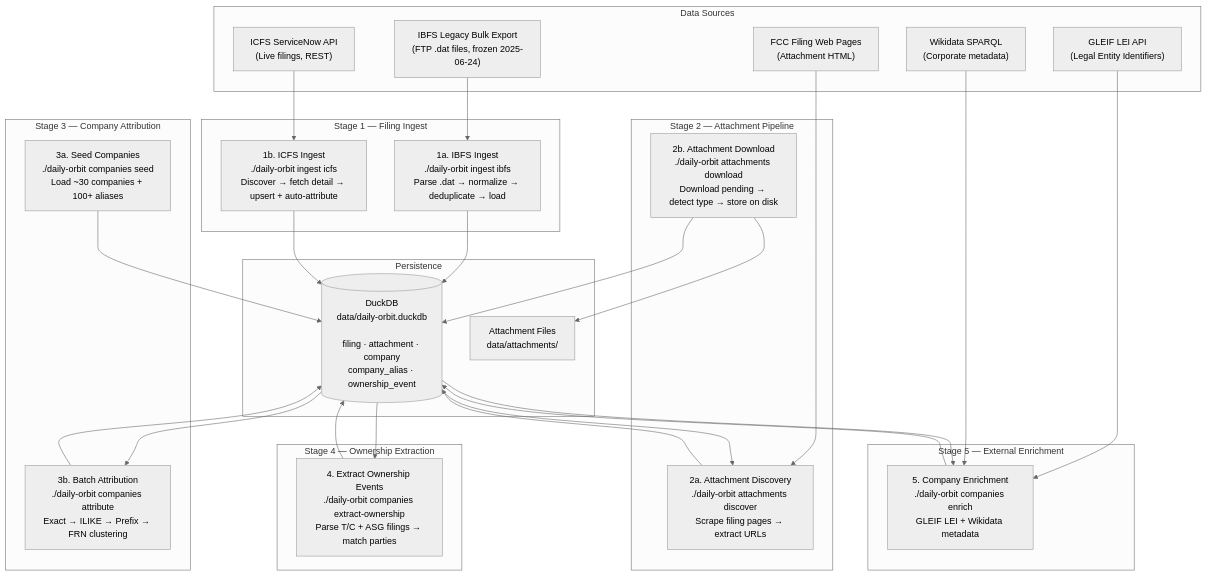
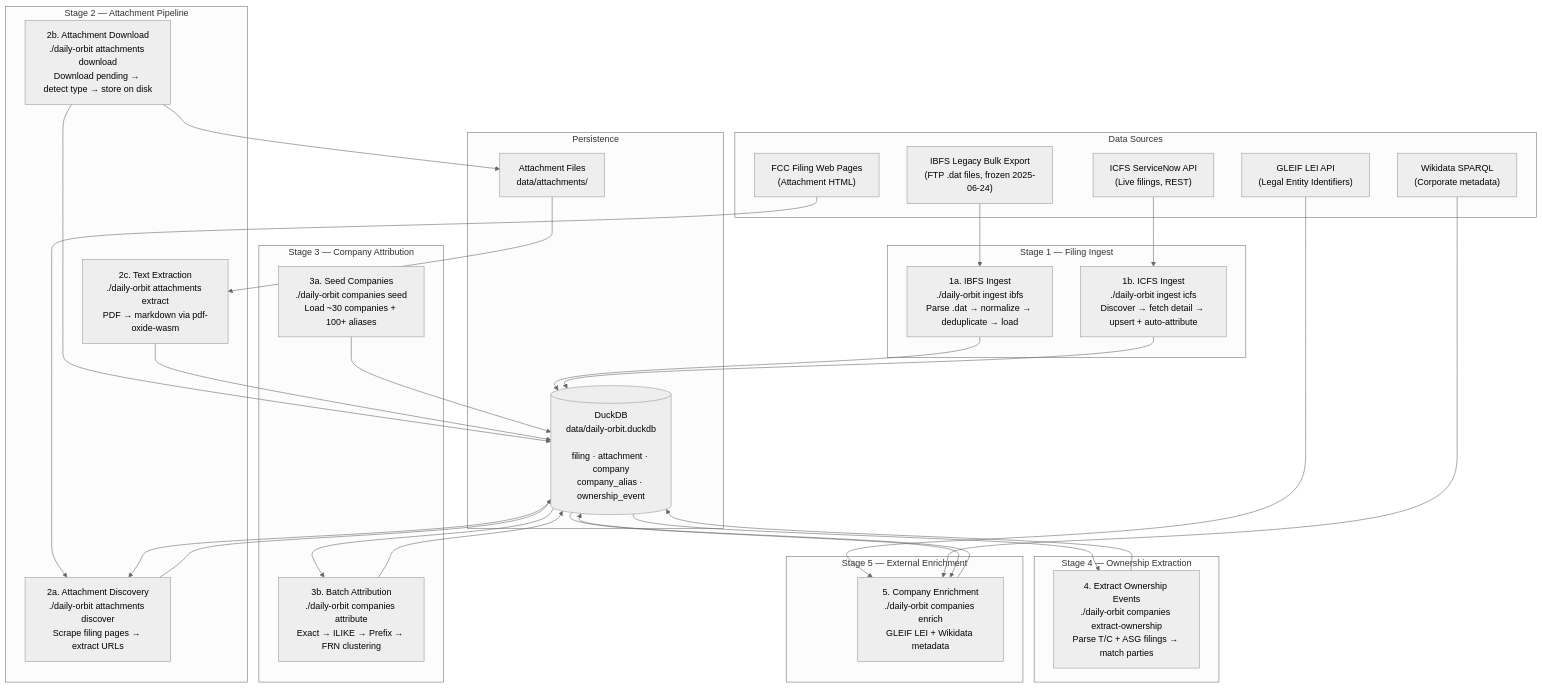
Before and after one commit to benton/dailyorbit: the diagram in doc/ingestion-pipeline.md, drawn with Mermaid (neutral theme). The commit also changed other lines of this file, not shown here.

First line of the commit message:
docs(pipeline): add text extraction stage to ingestion pipeline docs

````diff
--- a/doc/ingestion-pipeline.md
+++ b/doc/ingestion-pipeline.md
@@ -15,61 +15,64 @@
 ```mermaid
 flowchart TD
     subgraph sources["Data Sources"]
         IBFS["IBFS Legacy Bulk Export\n(FTP .dat files, frozen 2025-06-24)"]
         ICFS["ICFS ServiceNow API\n(Live filings, REST)"]
         FCC_PAGES["FCC Filing Web Pages\n(Attachment HTML)"]
         GLEIF["GLEIF LEI API\n(Legal Entity Identifiers)"]
         WIKIDATA["Wikidata SPARQL\n(Corporate metadata)"]
     end
 
     subgraph ingest["Stage 1 — Filing Ingest"]
         IBFS_INGEST["1a. IBFS Ingest\n./daily-orbit ingest ibfs\nParse .dat → normalize → deduplicate → load"]
         ICFS_INGEST["1b. ICFS Ingest\n./daily-orbit ingest icfs\nDiscover → fetch detail → upsert + auto-attribute"]
     end
 
     subgraph attachments["Stage 2 — Attachment Pipeline"]
         ATT_DISCOVER["2a. Attachment Discovery\n./daily-orbit attachments discover\nScrape filing pages → extract URLs"]
         ATT_DOWNLOAD["2b. Attachment Download\n./daily-orbit attachments download\nDownload pending → detect type → store on disk"]
+        ATT_EXTRACT["2c. Text Extraction\n./daily-orbit attachments extract\nPDF → markdown via pdf-oxide-wasm"]
     end
 
     subgraph company["Stage 3 — Company Attribution"]
         SEED["3a. Seed Companies\n./daily-orbit companies seed\nLoad ~30 companies + 100+ aliases"]
         ATTRIBUTE["3b. Batch Attribution\n./daily-orbit companies attribute\nExact → ILIKE → Prefix → FRN clustering"]
     end
 
     subgraph ownership["Stage 4 — Ownership Extraction"]
         EXTRACT["4. Extract Ownership Events\n./daily-orbit companies extract-ownership\nParse T/C + ASG filings → match parties"]
     end
 
     subgraph enrichment["Stage 5 — External Enrichment"]
         ENRICH["5. Company Enrichment\n./daily-orbit companies enrich\nGLEIF LEI + Wikidata metadata"]
     end
 
     subgraph storage["Persistence"]
         DB[("DuckDB\ndata/daily-orbit.duckdb\n\nfiling · attachment · company\ncompany_alias · ownership_event")]
         DISK["Attachment Files\ndata/attachments/"]
     end
 
     IBFS --> IBFS_INGEST
     ICFS --> ICFS_INGEST
     IBFS_INGEST --> DB
     ICFS_INGEST --> DB
 
     FCC_PAGES --> ATT_DISCOVER
     DB --> ATT_DISCOVER
     ATT_DISCOVER --> DB
     ATT_DOWNLOAD --> DB
     ATT_DOWNLOAD --> DISK
+    DISK --> ATT_EXTRACT
+    ATT_EXTRACT --> DB
 
     SEED --> DB
     DB --> ATTRIBUTE
     ATTRIBUTE --> DB
 
     DB --> EXTRACT
     EXTRACT --> DB
 
     GLEIF --> ENRICH
     WIKIDATA --> ENRICH
     DB --> ENRICH
     ENRICH --> DB
 ```
````
